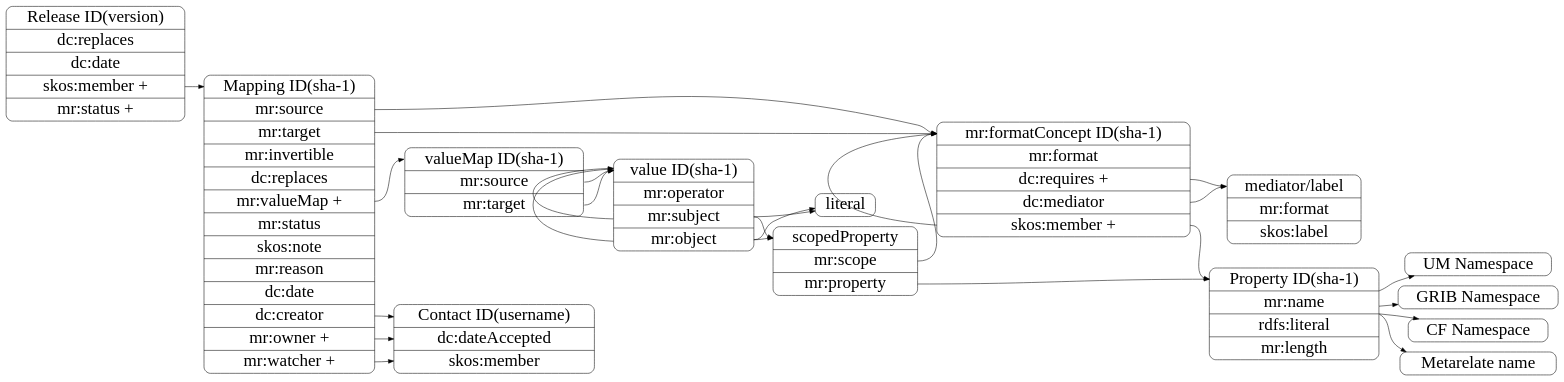
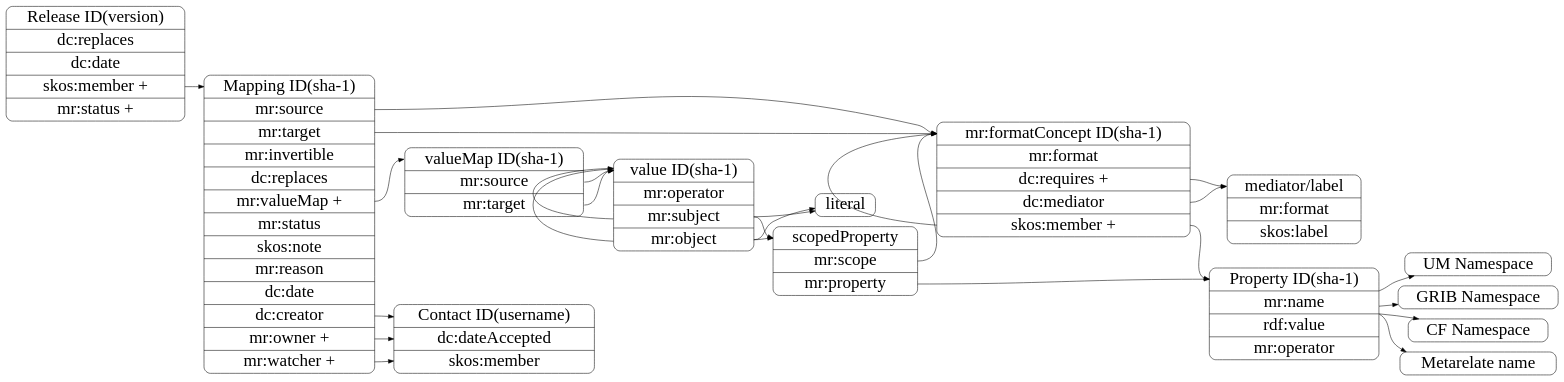
The diagram in docs/source/developer/design/records.dot (metarelate/metOcean-mapping), drawn with Graphviz before and after one commit. The commit also changed 14 other files, not shown here.

```diff
--- a/docs/source/developer/design/records.dot
+++ b/docs/source/developer/design/records.dot
@@ -1,117 +1,117 @@
 digraph records {
 
 ## basic setup 
 
    	rankdir = LR;
         node [
         fontsize = 32,
         shape = Mrecord
         ];
 
         edge [
         fontsize = 24
         ];
 
 ## class definitions
 
    	property [
-	label = "<title> Property ID(sha-1) |<prop> mr:name | rdfs:literal| mr:length"
+	label = "<title> Property ID(sha-1) |<prop> mr:name | rdf:value| mr:operator "
 	];
 
    	formatconcept [
 	label = "<title> mr:formatConcept ID(sha-1) |<format> mr:format |<req> dc:requires +|<med> dc:mediator|<component> skos:member +"
 	];
 
         mediator [
 	label = "<title> mediator/label |<format> mr:format|<label> skos:label  "
 	];
 
 	valuemap [
 	label = "<title> valueMap ID(sha-1) |<source> mr:source |<target> mr:target" 
 	];
 
 	getattr [
 	label = "<title> scopedProperty | <scope> mr:scope |<val> mr:property"
 	];
 
 	literal [
 	label = "<title> literal"
 	];
 
 	value [
 	label = "<title> value ID(sha-1) |<o> mr:operator |<sub> mr:subject |<ob> mr:object"
 	];
 
 	mapping [
 	label = "<title> Mapping ID(sha-1) |<source> mr:source |<target> mr:target |mr:invertible | dc:replaces  |<valmap> mr:valueMap +|mr:status |skos:note |mr:reason |dc:date |<c> dc:creator |<o> mr:owner + |<w> mr:watcher +"
 	];
 
 
 	release [
 	label = "<title> Release ID(version)|dc:replaces|dc:date|<con>skos:member + |mr:status +"
 	];
 
 	contact [
 	label = "<title> Contact ID(username) | dc:dateAccepted | skos:member"
 	];
 
 	um [
 	label = "UM Namespace"
 	];
 
 	grib [
 	label = "GRIB Namespace"
 	];
 
 	cf [
 	label = "CF Namespace"
 	];
 
 	mrnamed [
 	label = "Metarelate name"
 	];
 
 ## relations
 
 
 	release:con -> mapping:title
 	
 	mapping:source -> formatconcept:title
 
 	mapping:target -> formatconcept:title
 
 	formatconcept:component -> formatconcept:title
 
 	formatconcept:component -> property:title
 
 	formatconcept:med -> mediator:title
 	formatconcept:req -> mediator:title
 
 	mapping:valmap -> valuemap:title
 
 	valuemap:source -> value:title
 	valuemap:target -> value:title
 
 	getattr:val -> property:title
 	getattr:scope -> formatconcept:title
 
 	property:name -> um
 	property:name -> grib
 	property:name -> cf
 	property:name -> mrnamed
 
 	mapping:c -> contact
 	mapping:o -> contact
 	mapping:w -> contact
 
 	value:sub -> value:title
 	value:ob -> value:title
 
 	value:sub -> getattr:title
 	value:ob -> getattr:title
 
 	value:sub -> literal:title
 	value:ob -> literal:title
 
 
 }
```
